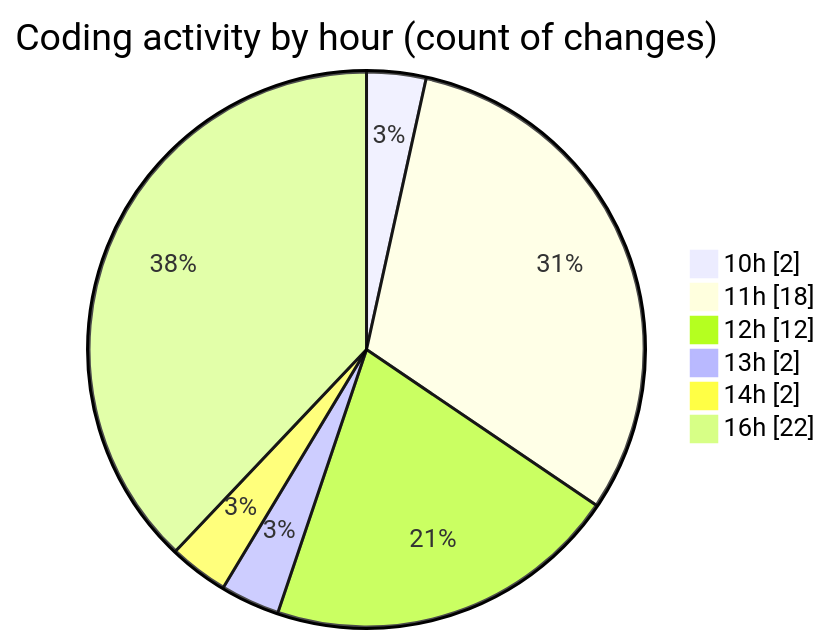
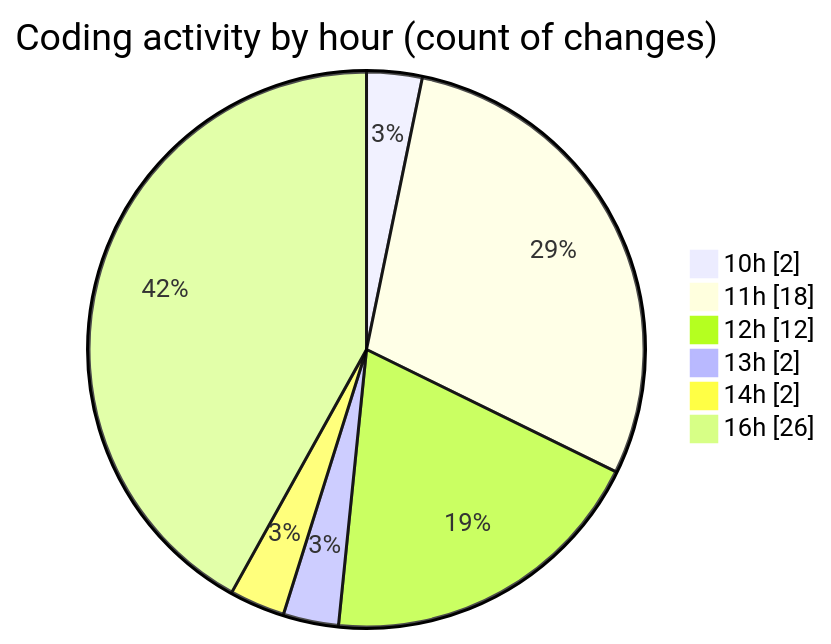
Before and after one commit to nxtqubesakshisongat/code-tracking: the second of 2 diagrams in 2025-08-05/nxtqube_webapp/README.md, drawn with Mermaid. The commit also changed other lines of this file and 1 other file, not shown here.

````diff
--- a/2025-08-05/nxtqube_webapp/README.md
+++ b/2025-08-05/nxtqube_webapp/README.md
@@ -47,10 +48,10 @@
 ```mermaid
 pie showData
 title Coding activity by hour (count of changes)
 "10h" : 2
 "11h" : 18
 "12h" : 12
 "13h" : 2
 "14h" : 2
-"16h" : 22
+"16h" : 26
 ```
````
